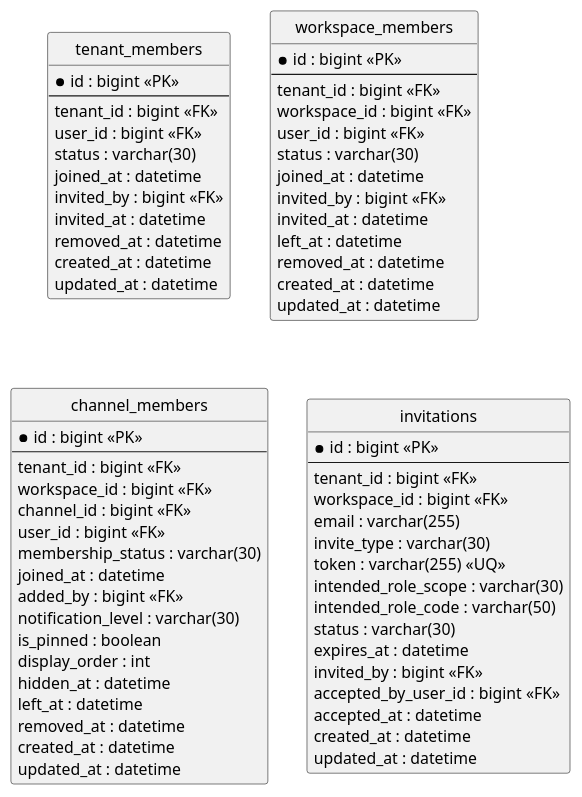
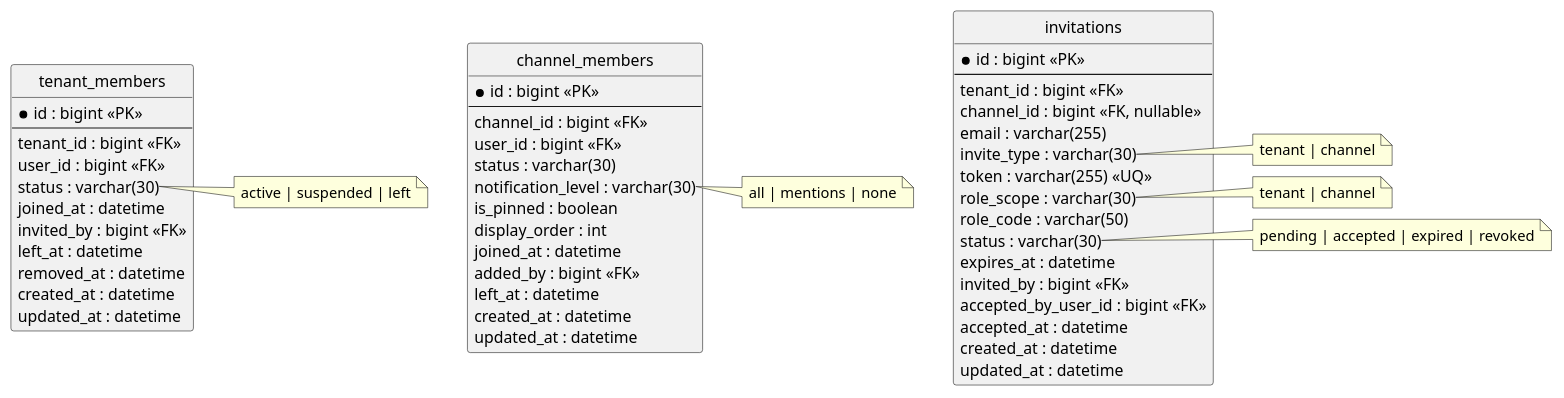
One commit to NFMU/app-design changed the diagram in phase1/database/03_membership_invitation.puml. Above: the diagram before and after it, drawn with PlantUML. The commit also changed 9 other files, not shown here.

First line of the commit message:
Refactor database schema for simplified design and improved consistency

```diff
--- a/phase1/database/03_membership_invitation.puml
+++ b/phase1/database/03_membership_invitation.puml
@@ -1,73 +1,74 @@
 @startuml
 hide circle
 skinparam linetype ortho
 
 entity tenant_members {
   * id : bigint <<PK>>
   --
   tenant_id : bigint <<FK>>
   user_id : bigint <<FK>>
   status : varchar(30)
   joined_at : datetime
   invited_by : bigint <<FK>>
-  invited_at : datetime
-  removed_at : datetime
-  created_at : datetime
-  updated_at : datetime
-}
-
-entity workspace_members {
-  * id : bigint <<PK>>
-  --
-  tenant_id : bigint <<FK>>
-  workspace_id : bigint <<FK>>
-  user_id : bigint <<FK>>
-  status : varchar(30)
-  joined_at : datetime
-  invited_by : bigint <<FK>>
-  invited_at : datetime
   left_at : datetime
   removed_at : datetime
   created_at : datetime
   updated_at : datetime
 }
 
+note right of tenant_members::status
+  active | suspended | left
+end note
+
 entity channel_members {
   * id : bigint <<PK>>
   --
-  tenant_id : bigint <<FK>>
-  workspace_id : bigint <<FK>>
   channel_id : bigint <<FK>>
   user_id : bigint <<FK>>
-  membership_status : varchar(30)
-  joined_at : datetime
-  added_by : bigint <<FK>>
+  status : varchar(30)
   notification_level : varchar(30)
   is_pinned : boolean
   display_order : int
-  hidden_at : datetime
+  joined_at : datetime
+  added_by : bigint <<FK>>
   left_at : datetime
-  removed_at : datetime
   created_at : datetime
   updated_at : datetime
 }
+
+note right of channel_members::notification_level
+  all | mentions | none
+end note
 
 entity invitations {
   * id : bigint <<PK>>
   --
   tenant_id : bigint <<FK>>
-  workspace_id : bigint <<FK>>
+  channel_id : bigint <<FK, nullable>>
   email : varchar(255)
   invite_type : varchar(30)
   token : varchar(255) <<UQ>>
-  intended_role_scope : varchar(30)
-  intended_role_code : varchar(50)
+  role_scope : varchar(30)
+  role_code : varchar(50)
   status : varchar(30)
   expires_at : datetime
   invited_by : bigint <<FK>>
   accepted_by_user_id : bigint <<FK>>
   accepted_at : datetime
   created_at : datetime
   updated_at : datetime
 }
+
+note right of invitations::invite_type
+  tenant | channel
+end note
+
+note right of invitations::role_scope
+  tenant | channel
+end note
+
+note right of invitations::status
+  pending | accepted | expired | revoked
+end note
+
 @enduml
```
